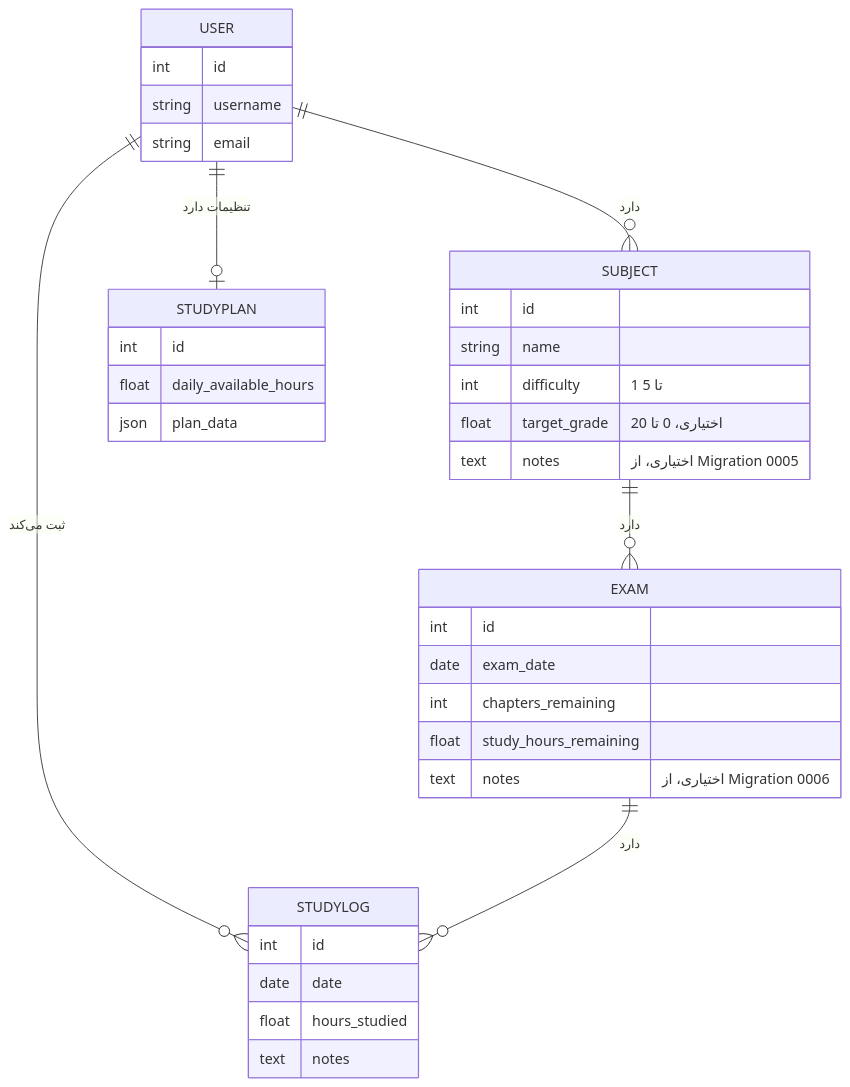
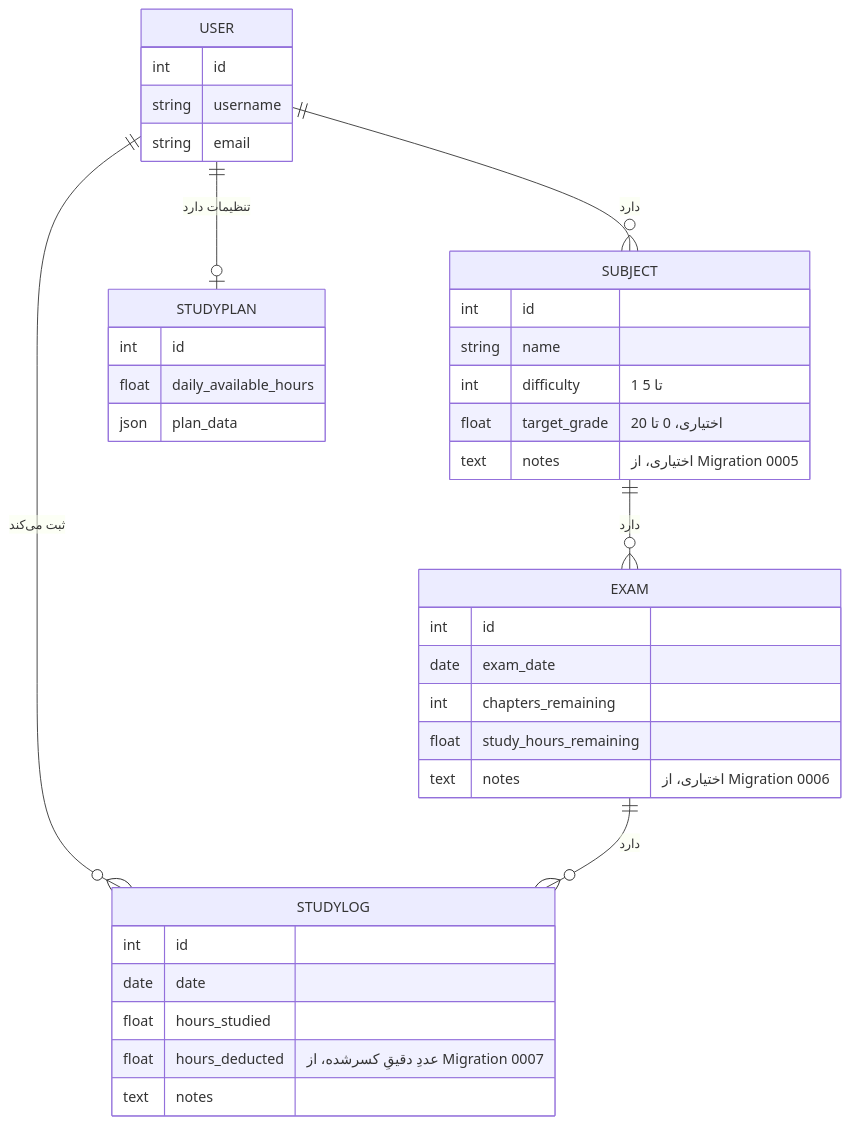
One commit to MSS1625/StudyPlanner changed the second of 2 diagrams in README.md. Above: the diagram before and after it, drawn with Mermaid. The commit also changed other lines of this file and 11 other files, not shown here.

First line of the commit message:
Restore deducted study hours when a study log is deleted

````diff
--- a/README.md
+++ b/README.md
@@ -170,39 +170,40 @@
 ```mermaid
 erDiagram
     USER ||--o{ SUBJECT : "دارد"
     USER ||--o{ STUDYLOG : "ثبت می‌کند"
     USER ||--o| STUDYPLAN : "تنظیمات دارد"
     SUBJECT ||--o{ EXAM : "دارد"
     EXAM ||--o{ STUDYLOG : "دارد"
 
     USER {
         int id
         string username
         string email
     }
     SUBJECT {
         int id
         string name
         int difficulty "1 تا 5"
         float target_grade "اختیاری، 0 تا 20"
         text notes "اختیاری، از Migration 0005"
     }
     EXAM {
         int id
         date exam_date
         int chapters_remaining
         float study_hours_remaining
         text notes "اختیاری، از Migration 0006"
     }
     STUDYLOG {
         int id
         date date
         float hours_studied
+        float hours_deducted "عددِ دقیقِ کسرشده، از Migration 0007"
         text notes
     }
     STUDYPLAN {
         int id
         float daily_available_hours
         json plan_data
     }
 ```
````
